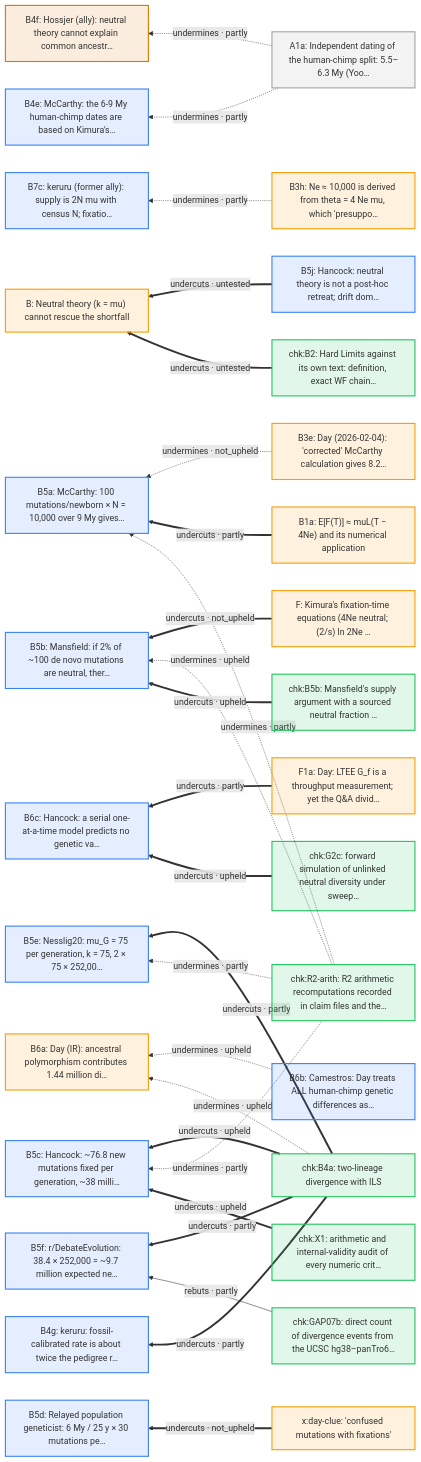
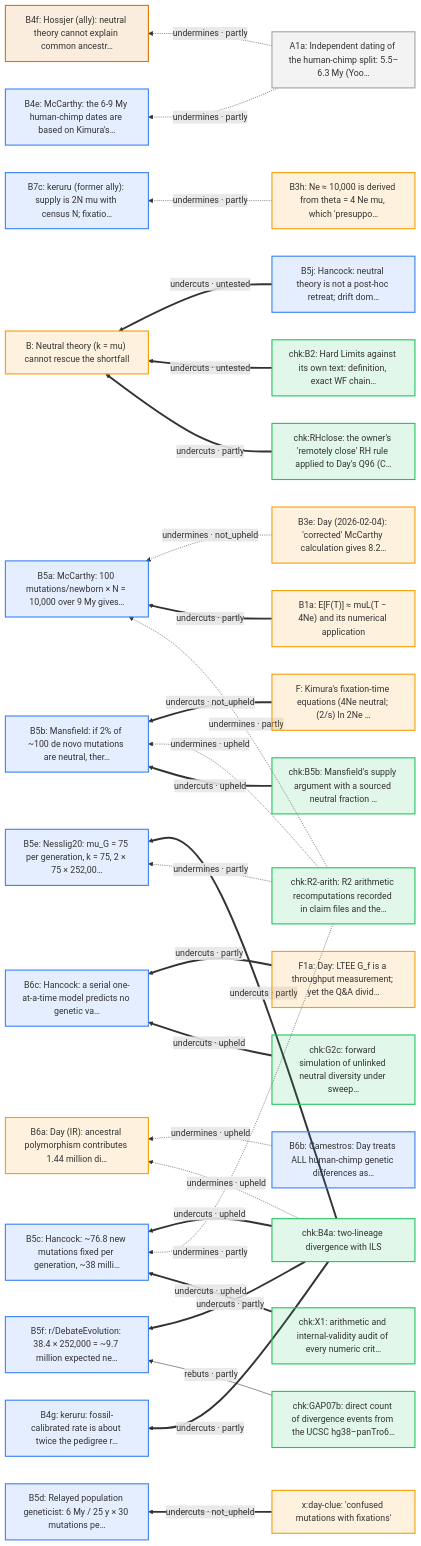
The seventh of 21 diagrams in docs/arguments/defeaters.md (nickallevato/evo-sim), drawn with Mermaid before and after one commit. The commit also changed other lines of this file and 7 other files, not shown here.

````diff
--- a/docs/arguments/defeaters.md
+++ b/docs/arguments/defeaters.md
@@ -361,61 +368,63 @@
 ```mermaid
 flowchart RL
   classDef day fill:#f59e0b22,stroke:#f59e0b,stroke-width:2px
   classDef ally fill:#d9770622,stroke:#d97706,stroke-width:2px
   classDef critic fill:#3b82f622,stroke:#3b82f6,stroke-width:2px
   classDef literature fill:#a3a3a322,stroke:#a3a3a3,stroke-width:2px
   classDef audit fill:#22c55e22,stroke:#22c55e,stroke-width:2px
   A1a["A1a: Independent dating of the human-chimp split: 5.5–6.3 My (Yoo…"]:::literature
   B["B: Neutral theory (k = mu) cannot rescue the shortfall"]:::day
   B1a["B1a: E[F(T)] ≈ muL(T − 4Ne) and its numerical application"]:::day
   B3e["B3e: Day (2026-02-04): 'corrected' McCarthy calculation gives 8.2…"]:::day
   B3h["B3h: Ne ≈ 10,000 is derived from theta = 4 Ne mu, which 'presuppo…"]:::day
   B4e["B4e: McCarthy: the 6-9 My human-chimp dates are based on Kimura's…"]:::critic
   B4f["B4f: Hossjer (ally): neutral theory cannot explain common ancestr…"]:::ally
   B4g["B4g: keruru: fossil-calibrated rate is about twice the pedigree r…"]:::critic
   B5a["B5a: McCarthy: 100 mutations/newborn × N = 10,000 over 9 My gives…"]:::critic
   B5b["B5b: Mansfield: if 2% of ~100 de novo mutations are neutral, ther…"]:::critic
   B5c["B5c: Hancock: ~76.8 new mutations fixed per generation, ~38 milli…"]:::critic
   B5d["B5d: Relayed population geneticist: 6 My / 25 y × 30 mutations pe…"]:::critic
   B5e["B5e: Nesslig20: mu_G = 75 per generation, k = 75, 2 × 75 × 252,00…"]:::critic
   B5f["B5f: r/DebateEvolution: 38.4 × 252,000 = ~9.7 million expected ne…"]:::critic
   B5j["B5j: Hancock: neutral theory is not a post-hoc retreat; drift dom…"]:::critic
   B6a["B6a: Day (IR): ancestral polymorphism contributes 1.44 million di…"]:::day
   B6b["B6b: Camestros: Day treats ALL human-chimp genetic differences as…"]:::critic
   B6c["B6c: Hancock: a serial one-at-a-time model predicts no genetic va…"]:::critic
   B7c["B7c: keruru (former ally): supply is 2N mu with census N; fixatio…"]:::critic
   F["F: Kimura's fixation-time equations (4Ne neutral; (2/s) ln 2Ne …"]:::day
   F1a["F1a: Day: LTEE G_f is a throughput measurement; yet the Q&A divid…"]:::day
   chk_B2["chk:B2: Hard Limits against its own text: definition, exact WF chain…"]:::audit
   chk_B4a["chk:B4a: two-lineage divergence with ILS"]:::audit
   chk_B5b["chk:B5b: Mansfield's supply argument with a sourced neutral fraction …"]:::audit
   chk_G2c["chk:G2c: forward simulation of unlinked neutral diversity under sweep…"]:::audit
   chk_GAP07b["chk:GAP07b: direct count of divergence events from the UCSC hg38–panTro6…"]:::audit
   chk_R2_arith["chk:R2-arith: R2 arithmetic recomputations recorded in claim files and the…"]:::audit
+  chk_RHclose["chk:RHclose: the owner's 'remotely close' RH rule applied to Day's Q96 (C…"]:::audit
   chk_X1["chk:X1: arithmetic and internal-validity audit of every numeric crit…"]:::audit
   x_day_clue["x:day-clue: 'confused mutations with fixations'"]:::day
   A1a -.->|"undermines · partly"| B4e
   A1a -.->|"undermines · partly"| B4f
   chk_B4a ==>|"undercuts · partly"| B4g
   B3e -.->|"undermines · not_upheld"| B5a
   B1a ==>|"undercuts · partly"| B5a
   chk_R2_arith -.->|"undermines · partly"| B5a
   F ==>|"undercuts · not_upheld"| B5b
   chk_R2_arith -.->|"undermines · upheld"| B5b
   chk_B5b ==>|"undercuts · upheld"| B5b
   chk_B4a ==>|"undercuts · upheld"| B5c
   chk_R2_arith -.->|"undermines · partly"| B5c
   chk_X1 ==>|"undercuts · upheld"| B5c
   x_day_clue ==>|"undercuts · not_upheld"| B5d
   chk_B4a ==>|"undercuts · partly"| B5e
   chk_R2_arith -.->|"undermines · partly"| B5e
   chk_B4a ==>|"undercuts · partly"| B5f
   chk_GAP07b -->|"rebuts · partly"| B5f
   B6b -.->|"undermines · upheld"| B6a
   chk_B4a -.->|"undermines · upheld"| B6a
   F1a ==>|"undercuts · partly"| B6c
   chk_G2c ==>|"undercuts · upheld"| B6c
   B3h -.->|"undermines · partly"| B7c
   B5j ==>|"undercuts · untested"| B
   chk_B2 ==>|"undercuts · untested"| B
+  chk_RHclose ==>|"undercuts · partly"| B
 ```
````
